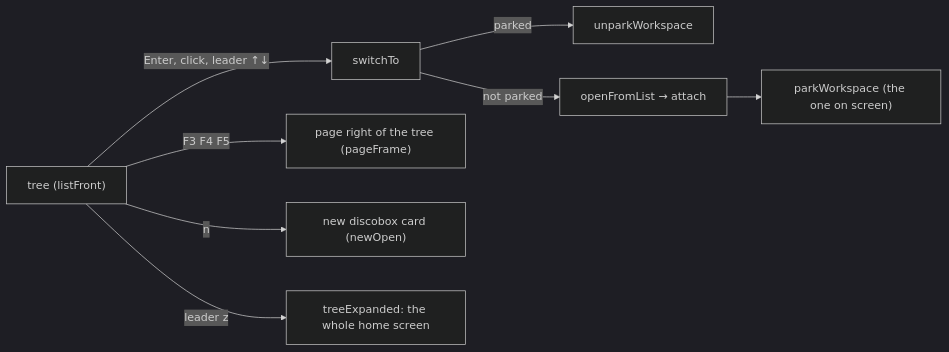
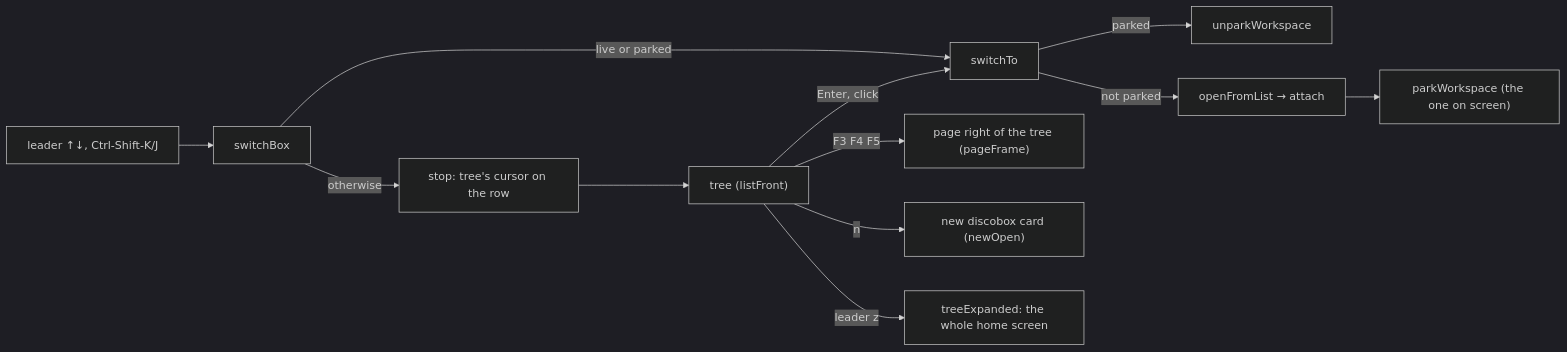
One commit to discobox-ai/discobox changed the second of 2 diagrams in cli/internal/tui/DESIGN.md. Above: the diagram before and after it, drawn with Mermaid (dark theme). The commit also changed other lines of this file and 8 other files, not shown here.

````diff
--- a/cli/internal/tui/DESIGN.md
+++ b/cli/internal/tui/DESIGN.md
@@ -83,10 +83,14 @@
 ```mermaid
 flowchart LR
-    T["tree (listFront)"] -->|Enter, click, leader ↑↓| Sw["switchTo"]
+    T["tree (listFront)"] -->|Enter, click| Sw["switchTo"]
+    W["leader ↑↓, Ctrl-Shift-K/J"] --> Walk["switchBox"]
+    Walk -->|live or parked| Sw
+    Walk -->|otherwise| Stop["stop: tree's cursor on the row"]
+    Stop --> T
     Sw -->|parked| Un["unparkWorkspace"]
     Sw -->|not parked| Open["openFromList → attach"]
     Open --> Park["parkWorkspace (the one on screen)"]
     T -->|F3 F4 F5| Pg["page right of the tree (pageFrame)"]
     T -->|n| New["new discobox card (newOpen)"]
     T -->|leader z| Exp["treeExpanded: the whole home screen"]
 ```
````
